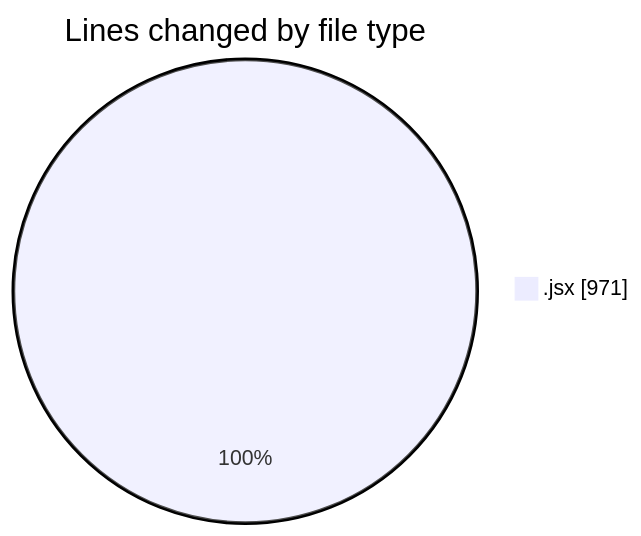
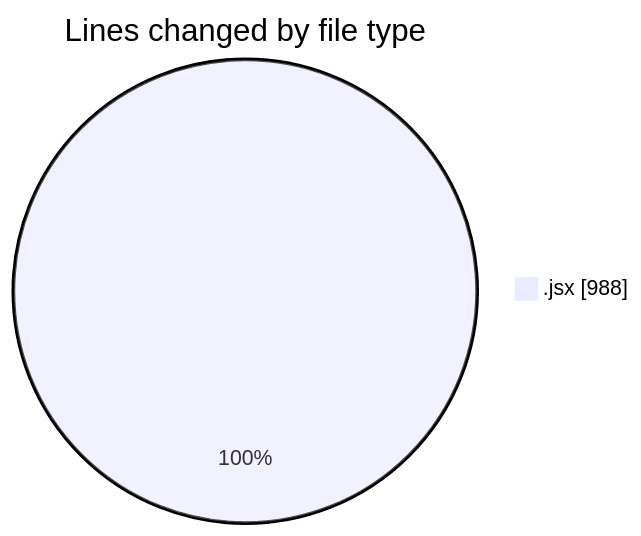
One commit to nxtqubesakshisongat/code-tracking changed the first of 2 diagrams in 2025-10-07/nxtqube_webapp/README.md. Above: the diagram before and after it, drawn with Mermaid. The commit also changed other lines of this file and 1 other file, not shown here.

````diff
--- a/2025-10-07/nxtqube_webapp/README.md
+++ b/2025-10-07/nxtqube_webapp/README.md
@@ -20,5 +20,5 @@
 ```mermaid
 pie showData
 title Lines changed by file type
-".jsx" : 971
+".jsx" : 988
 ```
````
